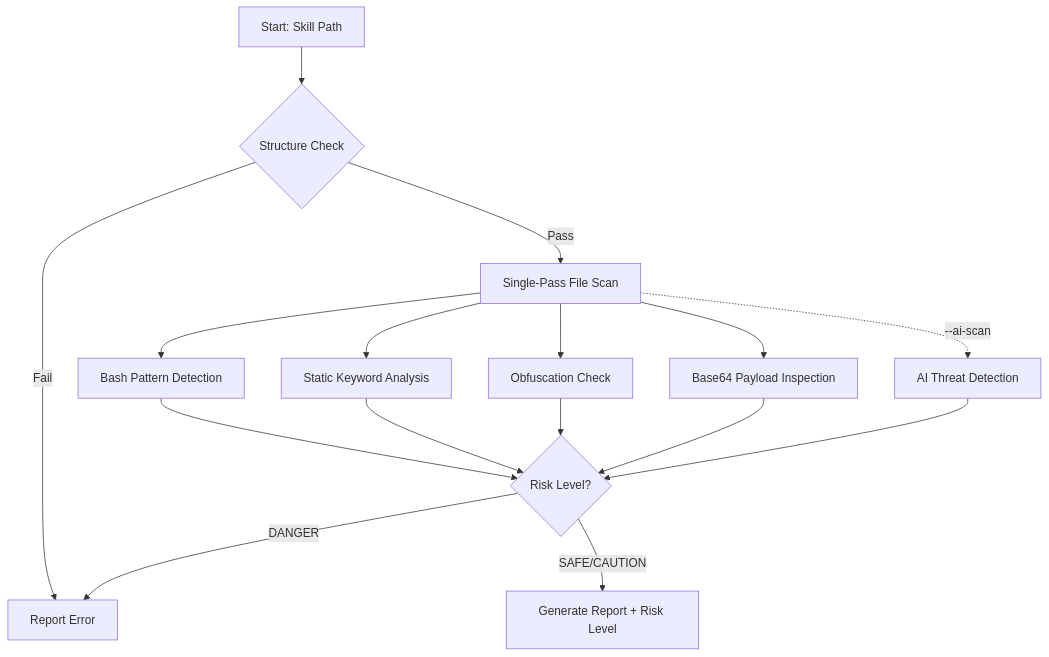
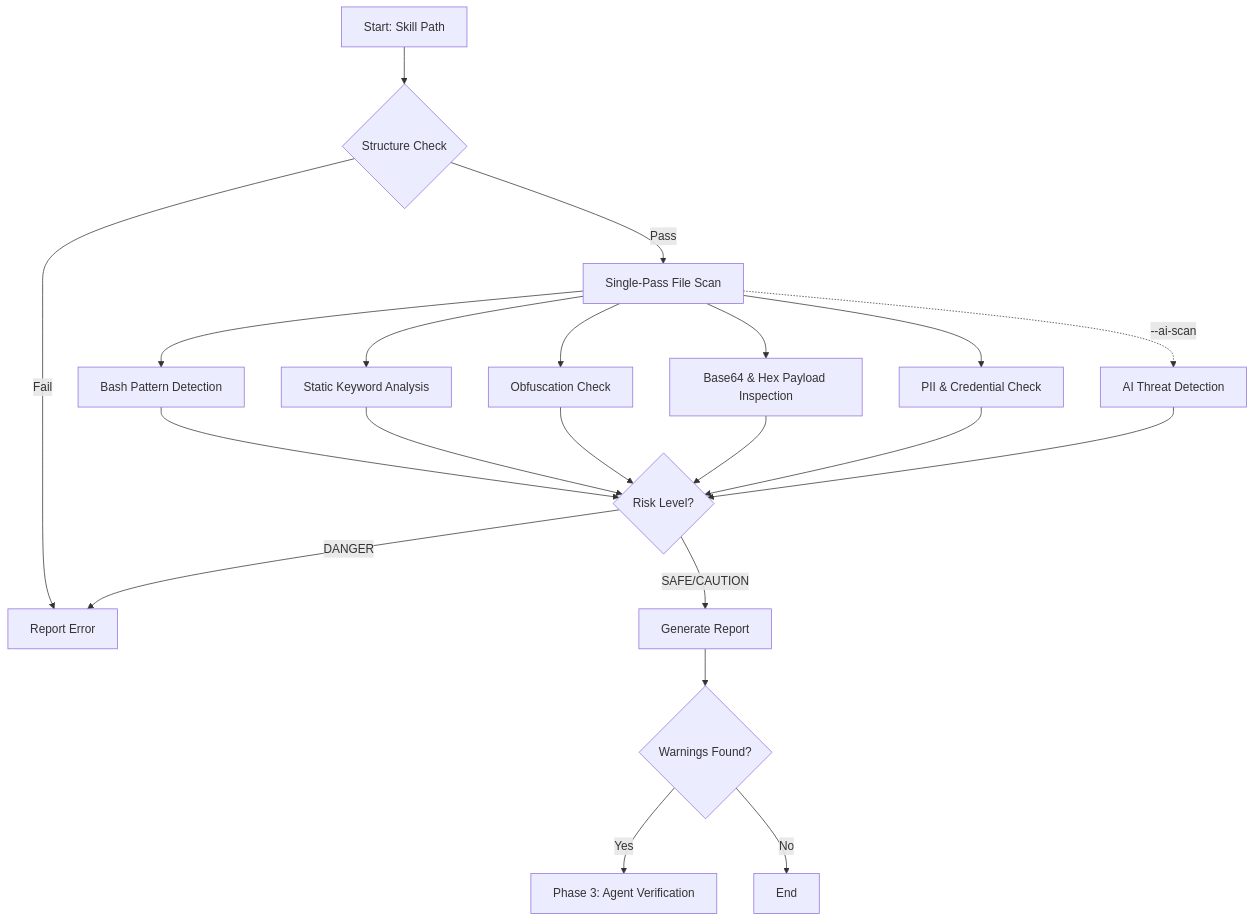
Before and after one commit to MatrixFounder/Universal-skills: the diagram in skills/skill-validator/SKILL.md, drawn with Mermaid. The commit also changed 3 other files, not shown here.

````diff
--- a/skills/skill-validator/SKILL.md
+++ b/skills/skill-validator/SKILL.md
@@ -74,18 +74,18 @@
 ```mermaid
 graph TD
     A[Start: Skill Path] --> B{Structure Check}
     B -- Fail --> Z[Report Error]
     B -- Pass --> C[Single-Pass File Scan]
     C --> D[Bash Pattern Detection]
     C --> E[Static Keyword Analysis]
     C --> F[Obfuscation Check]
-    C --> G[Base64 Payload Inspection]
+    C --> G[Base64 & Hex Payload Inspection]
+    C --> P[PII & Credential Check]
     C -.->|--ai-scan| K[AI Threat Detection]
-    D --> H{Risk Level?}
-    E --> H
-    F --> H
-    G --> H
-    K --> H
+    D & E & F & G & P & K --> H{Risk Level?}
     H -- DANGER --> Z
-    H -- SAFE/CAUTION --> I[Generate Report + Risk Level]
+    H -- SAFE/CAUTION --> I[Generate Report]
+    I --> J{Warnings Found?}
+    J -- Yes --> L[Phase 3: Agent Verification]
+    J -- No --> M[End]
 ```
````
